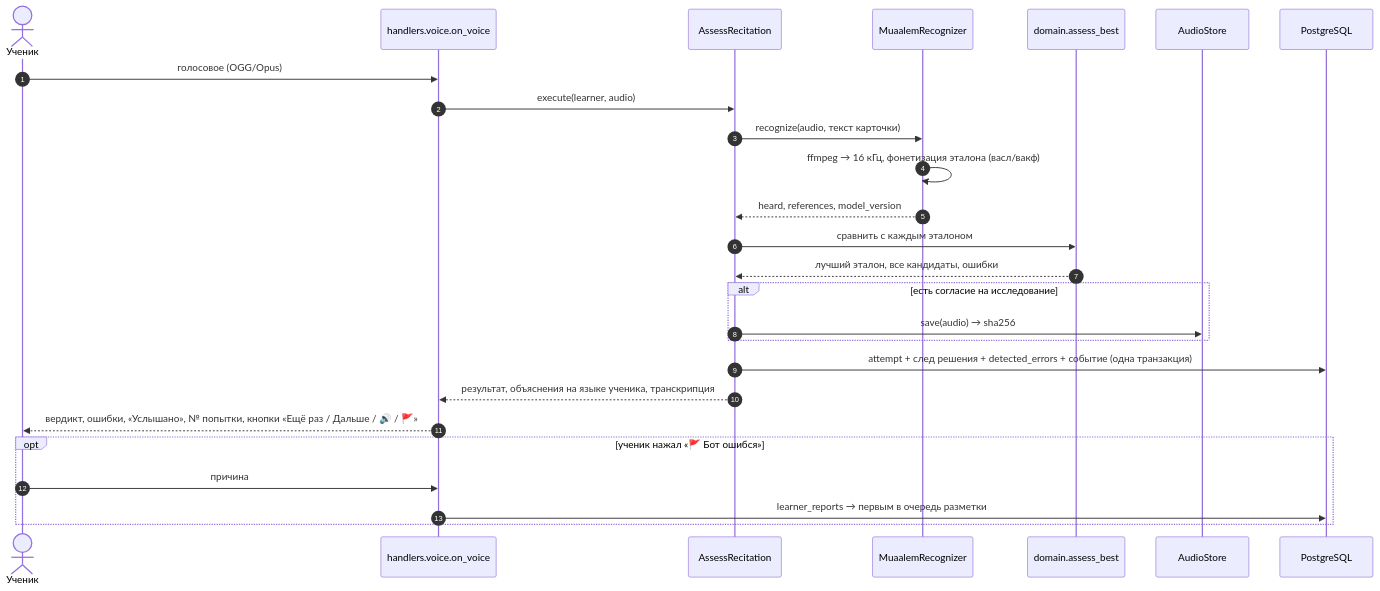
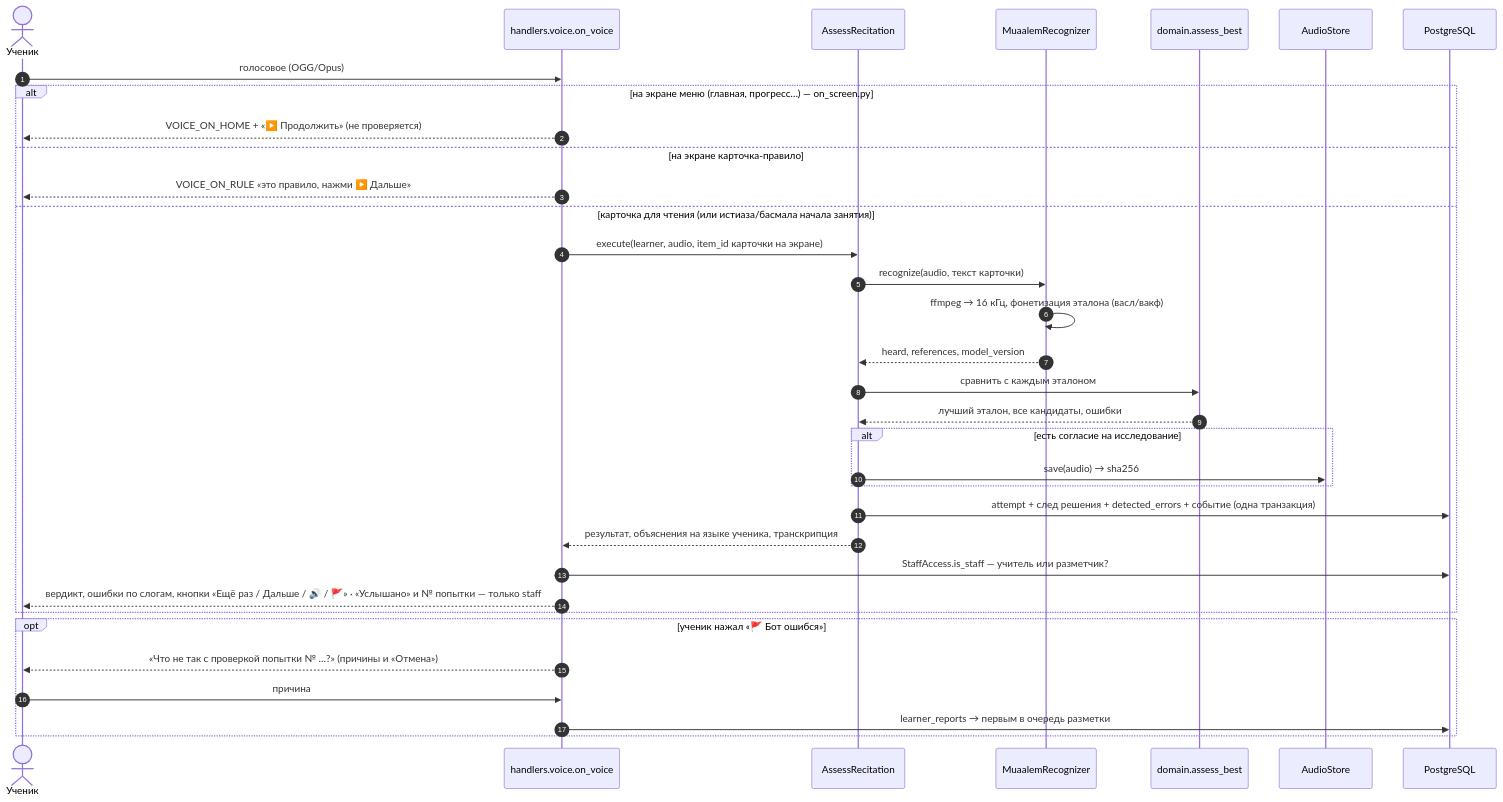
Before and after one commit to abdra04-gif/muallim: the diagram in docs/architecture/diagrams/03-voice-sequence.mmd, drawn with Mermaid. The commit also changed 80 other files, not shown here.

```diff
--- a/docs/architecture/diagrams/03-voice-sequence.mmd
+++ b/docs/architecture/diagrams/03-voice-sequence.mmd
@@ -1,28 +1,36 @@
 %% Что происходит, когда ученик присылает голосовое.
 sequenceDiagram
     autonumber
     actor L as Ученик
     participant H as handlers.voice.on_voice
     participant UC as AssessRecitation
     participant R as MuaalemRecognizer
     participant D as domain.assess_best
     participant S as AudioStore
     participant DB as PostgreSQL
 
     L->>H: голосовое (OGG/Opus)
-    H->>UC: execute(learner, audio)
+    alt на экране меню (главная, прогресс…) — on_screen.py
+        H-->>L: VOICE_ON_HOME + «▶️ Продолжить» (не проверяется)
+    else на экране карточка-правило
+        H-->>L: VOICE_ON_RULE «это правило, нажми ▶️ Дальше»
+    else карточка для чтения (или истиаза/басмала начала занятия)
+    H->>UC: execute(learner, audio, item_id карточки на экране)
     UC->>R: recognize(audio, текст карточки)
     R->>R: ffmpeg → 16 кГц, фонетизация эталона (васл/вакф)
     R-->>UC: heard, references, model_version
     UC->>D: сравнить с каждым эталоном
     D-->>UC: лучший эталон, все кандидаты, ошибки
     alt есть согласие на исследование
         UC->>S: save(audio) → sha256
     end
     UC->>DB: attempt + след решения + detected_errors + событие (одна транзакция)
     UC-->>H: результат, объяснения на языке ученика, транскрипция
-    H-->>L: вердикт, ошибки, «Услышано», № попытки, кнопки «Ещё раз / Дальше / 🔊 / 🚩»
+    H->>DB: StaffAccess.is_staff — учитель или разметчик?
+    H-->>L: вердикт, ошибки по слогам, кнопки «Ещё раз / Дальше / 🔊 / 🚩» · «Услышано» и № попытки — только staff
+    end
     opt ученик нажал «🚩 Бот ошибся»
+        H-->>L: «Что не так с проверкой попытки № …?» (причины и «Отмена»)
         L->>H: причина
         H->>DB: learner_reports → первым в очередь разметки
     end
```
